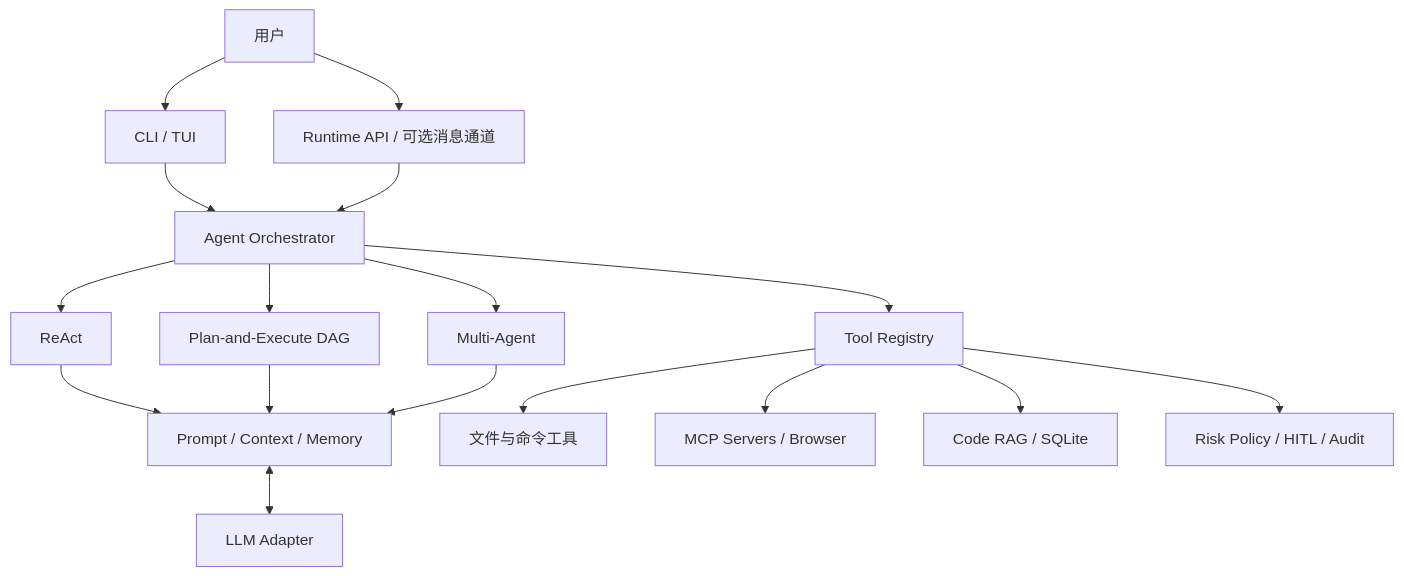
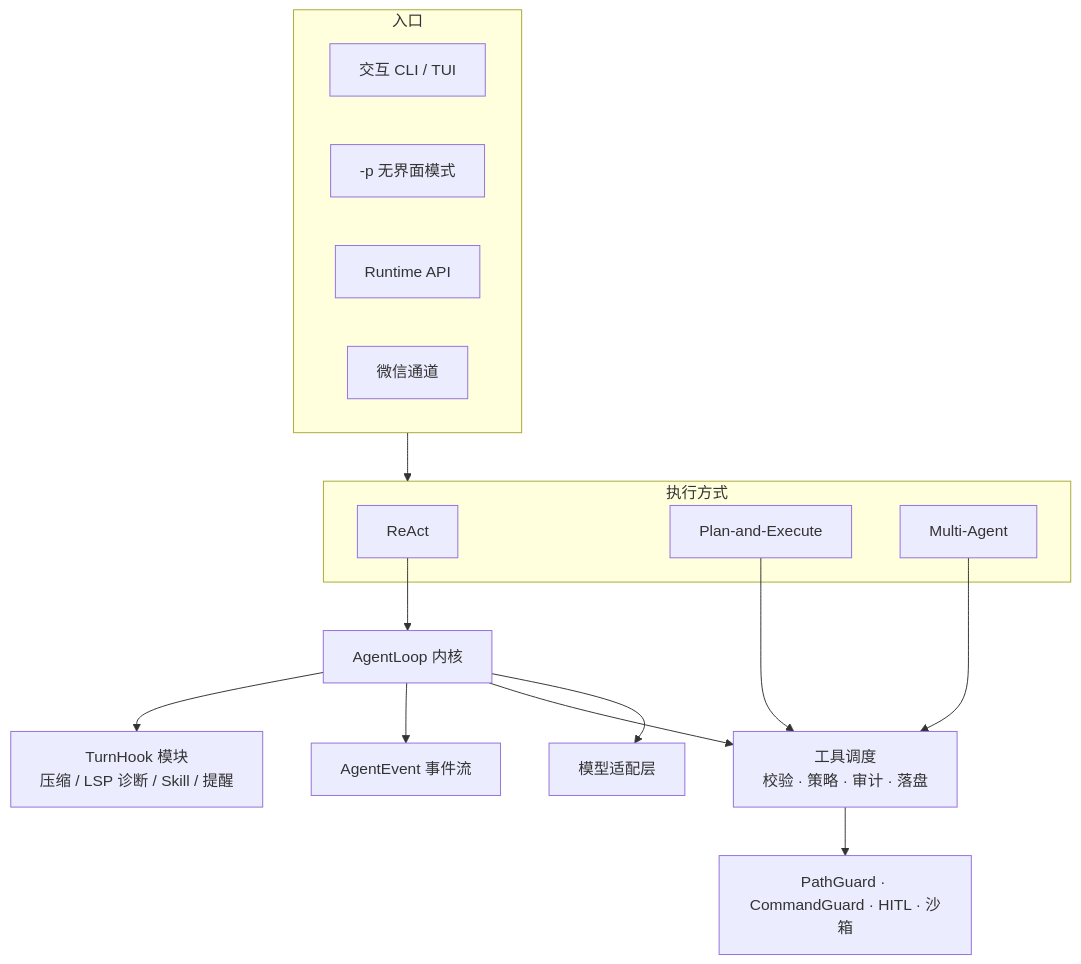
The diagram in README.md (SuperGh2233/AgentCli), drawn with Mermaid before and after one commit. The commit also changed other lines of this file and 3 other files, not shown here.

````diff
--- a/README.md
+++ b/README.md
@@ -45,19 +85,23 @@
 ```mermaid
-flowchart TD
-    U[用户] --> I[CLI / TUI]
-    U --> R[Runtime API / 可选消息通道]
-    I --> O[Agent Orchestrator]
-    R --> O
-    O --> RX[ReAct]
-    O --> PE[Plan-and-Execute DAG]
-    O --> MA[Multi-Agent]
-    RX --> C[Prompt / Context / Memory]
-    PE --> C
-    MA --> C
-    C <--> L[LLM Adapter]
-    O --> T[Tool Registry]
-    T --> FS[文件与命令工具]
-    T --> MCP[MCP Servers / Browser]
-    T --> DB[Code RAG / SQLite]
-    T --> S[Risk Policy / HITL / Audit]
+flowchart TB
+  subgraph Entry[入口]
+    CLI[交互 CLI / TUI]
+    HL["-p 无界面模式"]
+    API[Runtime API]
+    WX[微信通道]
+  end
+  subgraph Modes[执行方式]
+    R[ReAct]
+    P[Plan-and-Execute]
+    T[Multi-Agent]
+  end
+  Entry --> Modes
+  R --> LOOP[AgentLoop 内核]
+  LOOP --> HOOK[TurnHook 模块<br/>压缩 / LSP 诊断 / Skill / 提醒]
+  LOOP --> EV[AgentEvent 事件流]
+  LOOP --> TOOLS[工具调度<br/>校验 · 策略 · 审计 · 落盘]
+  P --> TOOLS
+  T --> TOOLS
+  TOOLS --> SEC[PathGuard · CommandGuard · HITL · 沙箱]
+  LOOP --> LLM[模型适配层]
 ```
````
